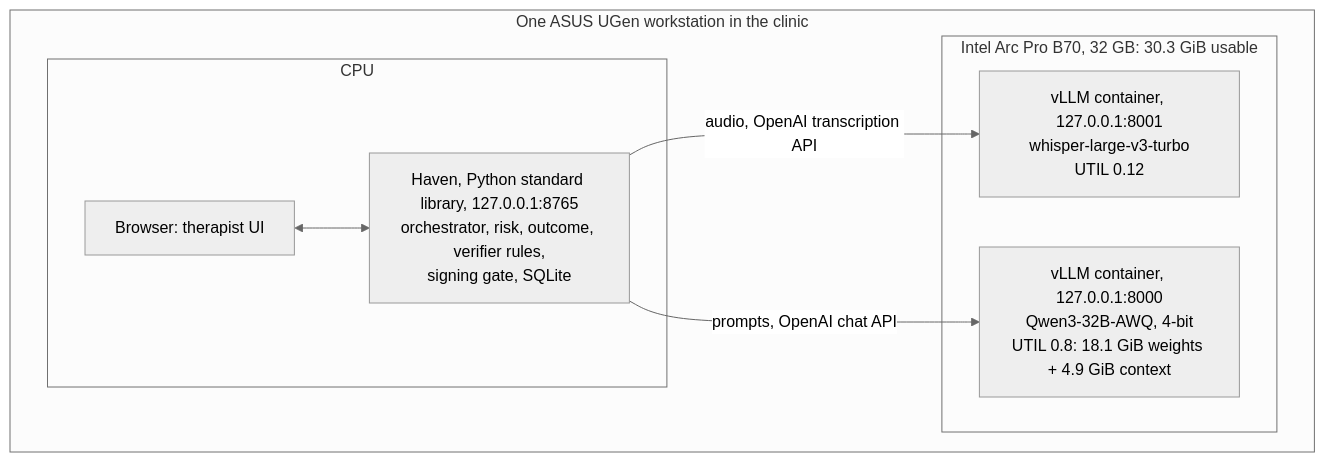
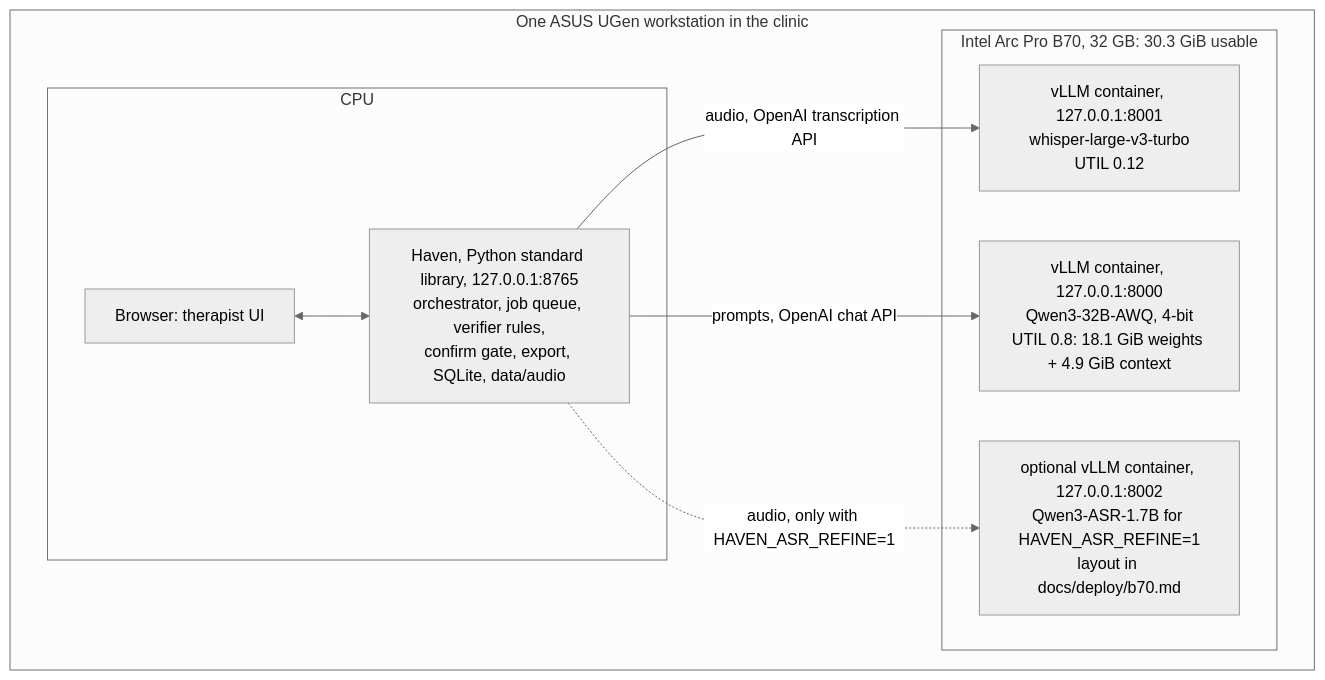
The second of 2 diagrams in README.md (NTU-Haven/haven-copilot), drawn with Mermaid (neutral theme) before and after one commit. The commit also changed other lines of this file and 3 other files, not shown here.

````diff
--- a/README.md
+++ b/README.md
@@ -49,16 +50,18 @@
 ```mermaid
 flowchart TB
     subgraph PC[One ASUS UGen workstation in the clinic]
         subgraph GPU[Intel Arc Pro B70, 32 GB: 30.3 GiB usable]
             WH[vLLM container, 127.0.0.1:8001<br/>whisper-large-v3-turbo<br/>UTIL 0.12]
             LLM[vLLM container, 127.0.0.1:8000<br/>Qwen3-32B-AWQ, 4-bit<br/>UTIL 0.8: 18.1 GiB weights + 4.9 GiB context]
+            QA[optional vLLM container, 127.0.0.1:8002<br/>Qwen3-ASR-1.7B for HAVEN_ASR_REFINE=1<br/>layout in docs/deploy/b70.md]
         end
         subgraph CPU[CPU]
-            HV[Haven, Python standard library, 127.0.0.1:8765<br/>orchestrator, risk, outcome, verifier rules,<br/>signing gate, SQLite]
+            HV[Haven, Python standard library, 127.0.0.1:8765<br/>orchestrator, job queue, verifier rules,<br/>confirm gate, export, SQLite, data/audio]
             BR[Browser: therapist UI]
         end
         BR <--> HV
         HV -- audio, OpenAI transcription API --> WH
         HV -- prompts, OpenAI chat API --> LLM
+        HV -. audio, only with HAVEN_ASR_REFINE=1 .-> QA
     end
 ```
````
